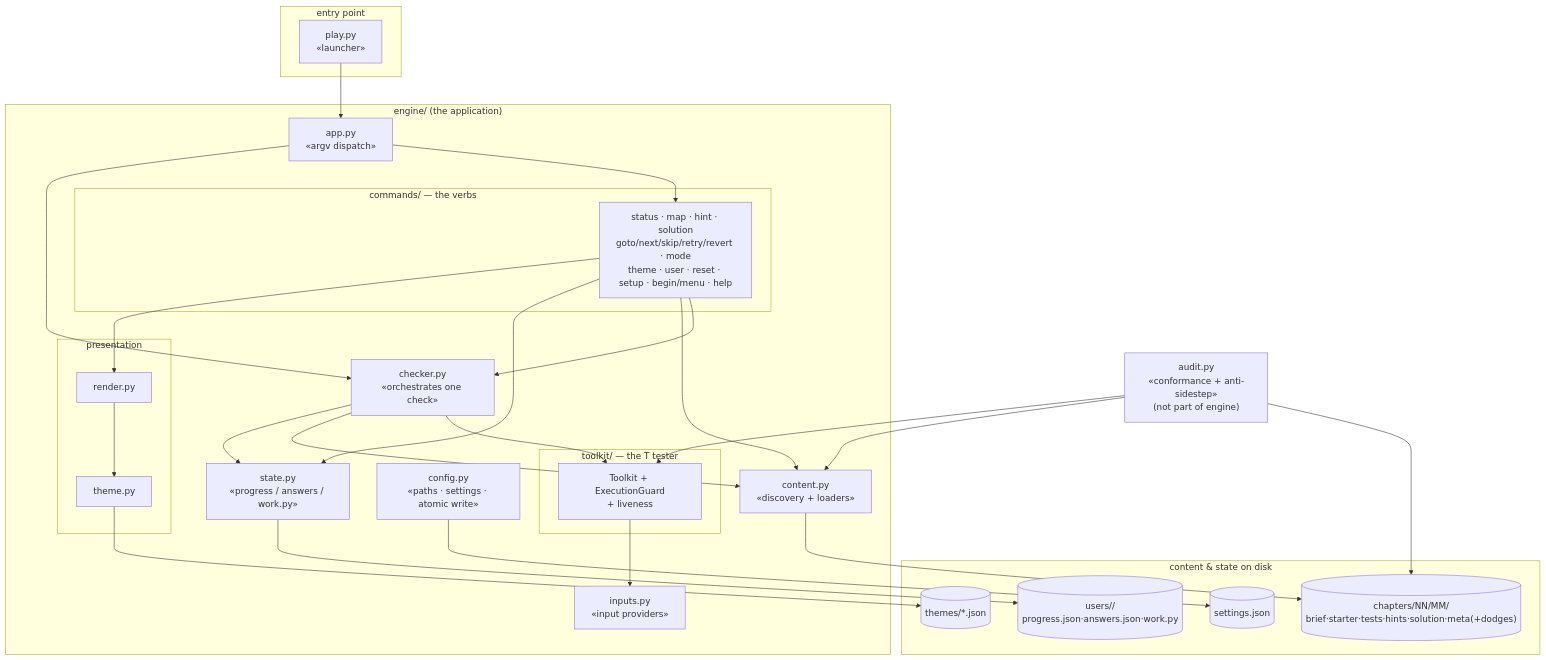
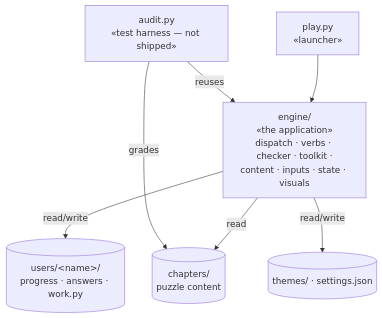
One commit to N041M/PyQuest changed the second of 10 diagrams in docs/architecture/README.md. Above: the diagram before and after it, drawn with Mermaid. The commit also changed other lines of this file and 1 other file, not shown here.

First line of the commit message:
Refine architecture diagrams: container view, engine slices, upkeep note

````diff
--- a/docs/architecture/README.md
+++ b/docs/architecture/README.md
@@ -51,54 +64,16 @@
 ```mermaid
 flowchart TB
-    subgraph entry["entry point"]
-        play["play.py<br/>«launcher»"]
-    end
+    play["play.py<br/>«launcher»"]
+    engine["engine/<br/>«the application»<br/>dispatch · verbs · checker · toolkit ·<br/>content · inputs · state · visuals"]
+    audit["audit.py<br/>«test harness — not shipped»"]
+    chapters[("chapters/<br/>puzzle content")]
+    users[("users/&lt;name&gt;/<br/>progress · answers · work.py")]
+    cfg[("themes/ · settings.json")]
 
-    subgraph engine["engine/ (the application)"]
-        app["app.py<br/>«argv dispatch»"]
-        subgraph cmds["commands/ — the verbs"]
-            verbs["status · map · hint · solution<br/>goto/next/skip/retry/revert · mode<br/>theme · user · reset · setup · begin/menu · help"]
-        end
-        checker["checker.py<br/>«orchestrates one check»"]
-        subgraph tk["toolkit/ — the T tester"]
-            toolkit["Toolkit + ExecutionGuard<br/>+ liveness"]
-        end
-        content["content.py<br/>«discovery + loaders»"]
-        inputs["inputs.py<br/>«input providers»"]
-        state["state.py<br/>«progress / answers / work.py»"]
-        config["config.py<br/>«paths · settings · atomic write»"]
-        subgraph vis["presentation"]
-            theme["theme.py"]
-            render["render.py"]
-        end
-    end
-
-    subgraph data["content & state on disk"]
-        chapters[("chapters/NN/MM/<br/>brief·starter·tests·hints·solution·meta(+dodges)")]
-        users[("users/<name>/<br/>progress.json·answers.json·work.py")]
-        themes[("themes/*.json")]
-        settings[("settings.json")]
-    end
-
-    audit["audit.py<br/>«conformance + anti-sidestep»<br/>(not part of engine)"]
-
-    play --> app
-    app --> verbs
-    app --> checker
-    verbs --> checker
-    checker --> toolkit
-    checker --> content
-    checker --> state
-    verbs --> content
-    verbs --> state
-    verbs --> render
-    toolkit --> inputs
-    content --> chapters
-    state --> users
-    theme --> themes
-    config --> settings
-    render --> theme
-    audit --> content
-    audit --> toolkit
-    audit --> chapters
+    play --> engine
+    engine -->|read| chapters
+    engine -->|read/write| users
+    engine -->|read/write| cfg
+    audit -->|reuses| engine
+    audit -->|grades| chapters
 ```
````
